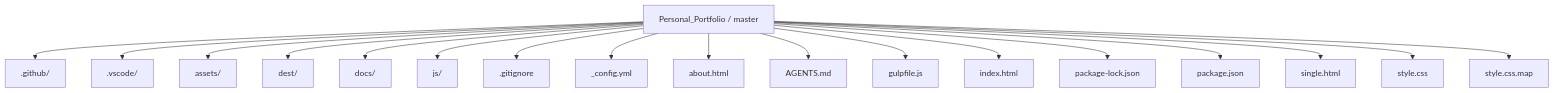
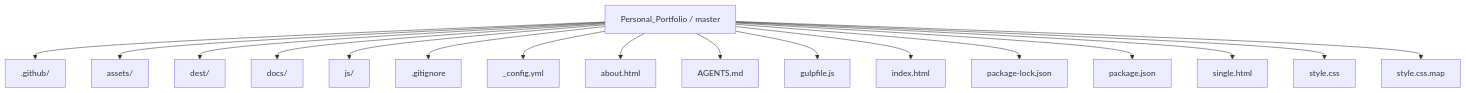
One commit to Nischhalsubba/Personal_Portfolio changed the first of 5 diagrams in README.md. Above: the diagram before and after it, drawn with Mermaid. The commit also changed other lines of this file, not shown here.

````diff
--- a/README.md
+++ b/README.md
@@ -27,21 +55,20 @@
 ```mermaid
 flowchart TD
     ROOT["Personal_Portfolio / master"]
     ROOT --> P0[".github/"]
-    ROOT --> P1[".vscode/"]
-    ROOT --> P2["assets/"]
-    ROOT --> P3["dest/"]
-    ROOT --> P4["docs/"]
-    ROOT --> P5["js/"]
-    ROOT --> P6[".gitignore"]
-    ROOT --> P7["_config.yml"]
-    ROOT --> P8["about.html"]
-    ROOT --> P9["AGENTS.md"]
-    ROOT --> P10["gulpfile.js"]
-    ROOT --> P11["index.html"]
-    ROOT --> P12["package-lock.json"]
-    ROOT --> P13["package.json"]
-    ROOT --> P14["single.html"]
-    ROOT --> P15["style.css"]
-    ROOT --> P16["style.css.map"]
+    ROOT --> P1["assets/"]
+    ROOT --> P2["dest/"]
+    ROOT --> P3["docs/"]
+    ROOT --> P4["js/"]
+    ROOT --> P5[".gitignore"]
+    ROOT --> P6["_config.yml"]
+    ROOT --> P7["about.html"]
+    ROOT --> P8["AGENTS.md"]
+    ROOT --> P9["gulpfile.js"]
+    ROOT --> P10["index.html"]
+    ROOT --> P11["package-lock.json"]
+    ROOT --> P12["package.json"]
+    ROOT --> P13["single.html"]
+    ROOT --> P14["style.css"]
+    ROOT --> P15["style.css.map"]
 ```
````
